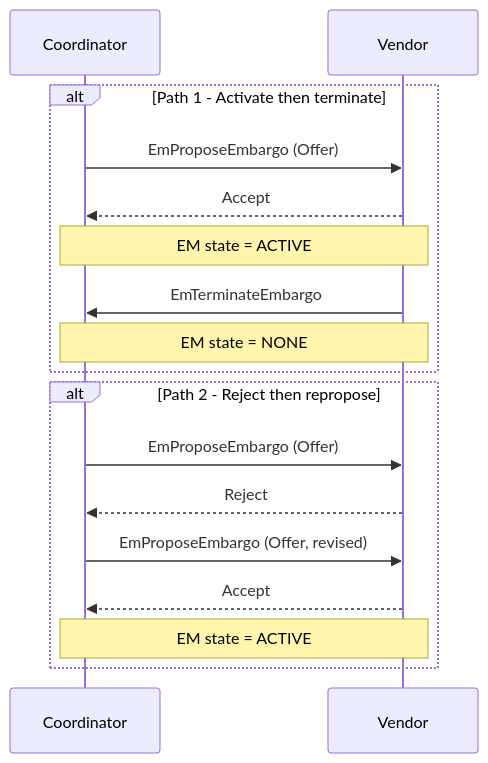
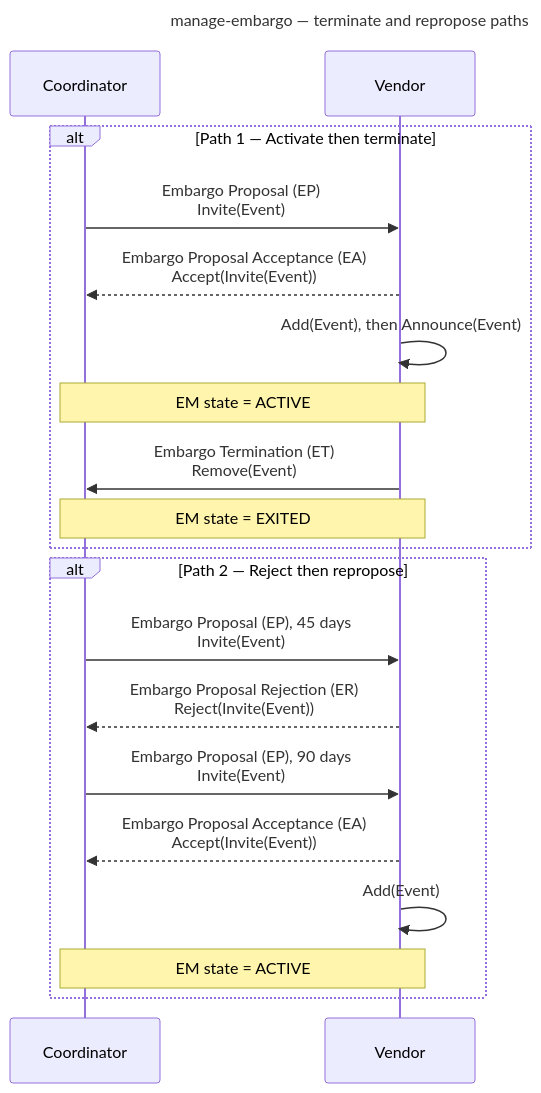
Before and after one commit to CERTCC/Vultron: the sixth of 8 diagrams in docs/tutorials/other_demos.md, drawn with Mermaid. The commit also changed other lines of this file and 24 other files, not shown here.

````diff
--- a/docs/tutorials/other_demos.md
+++ b/docs/tutorials/other_demos.md
@@ -275,21 +270,26 @@
 ```mermaid
+---
+title: manage-embargo — terminate and repropose paths
+---
 sequenceDiagram
     participant C as Coordinator
     participant V as Vendor
 
-    alt  Path 1 - Activate then terminate
-        C->>V: EmProposeEmbargo (Offer)
-        V-->>C: Accept
+    alt Path 1 — Activate then terminate
+        C->>V: Embargo Proposal (EP)<br/>Invite(Event)
+        V-->>C: Embargo Proposal Acceptance (EA)<br/>Accept(Invite(Event))
+        V->>V: Add(Event), then Announce(Event)
         Note over C,V: EM state = ACTIVE
-        V->>C: EmTerminateEmbargo
-        Note over C,V: EM state = NONE
+        V->>C: Embargo Termination (ET)<br/>Remove(Event)
+        Note over C,V: EM state = EXITED
     end
 
-    alt Path 2 - Reject then repropose
-        C->>V: EmProposeEmbargo (Offer)
-        V-->>C: Reject
-        C->>V: EmProposeEmbargo (Offer, revised)
-        V-->>C: Accept
+    alt Path 2 — Reject then repropose
+        C->>V: Embargo Proposal (EP), 45 days<br/>Invite(Event)
+        V-->>C: Embargo Proposal Rejection (ER)<br/>Reject(Invite(Event))
+        C->>V: Embargo Proposal (EP), 90 days<br/>Invite(Event)
+        V-->>C: Embargo Proposal Acceptance (EA)<br/>Accept(Invite(Event))
+        V->>V: Add(Event)
         Note over C,V: EM state = ACTIVE
     end
 ```
````
